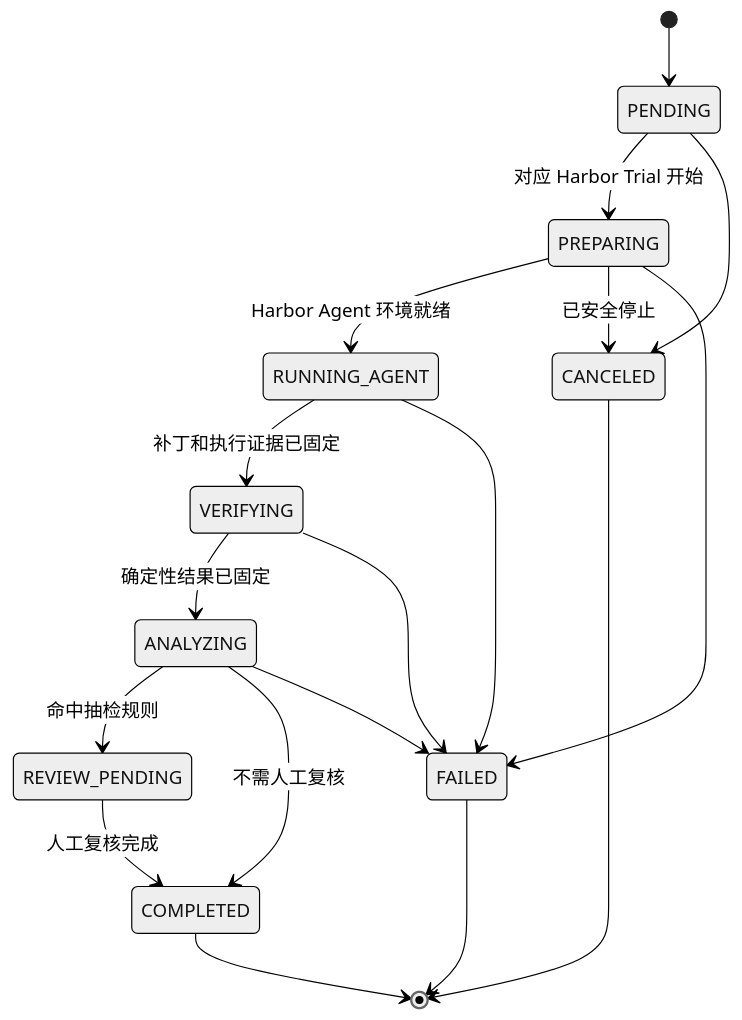
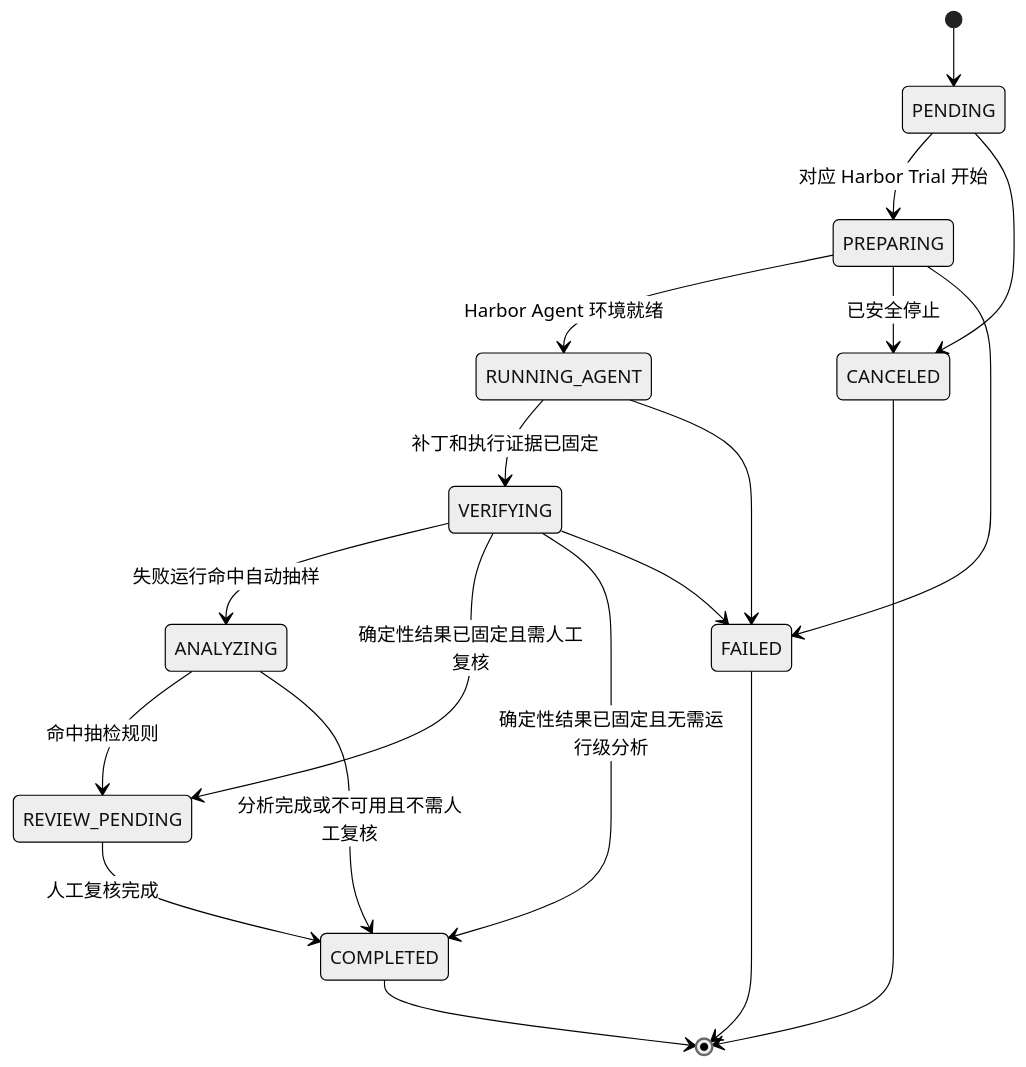
One commit to anphuchoang5-sys/agent-exam changed the third of 5 diagrams in docs/architecture/DATA_MODEL.md. Above: the diagram before and after it, drawn with Mermaid (neutral theme). The commit also changed other lines of this file and 16 other files, not shown here.

Commit message:
docs: finalize evaluation MVP architecture

````diff
--- a/docs/architecture/DATA_MODEL.md
+++ b/docs/architecture/DATA_MODEL.md
@@ -360,22 +394,23 @@
 ```mermaid
 stateDiagram-v2
     [*] --> PENDING
     PENDING --> PREPARING: 对应 Harbor Trial 开始
     PREPARING --> RUNNING_AGENT: Harbor Agent 环境就绪
     RUNNING_AGENT --> VERIFYING: 补丁和执行证据已固定
-    VERIFYING --> ANALYZING: 确定性结果已固定
+    VERIFYING --> ANALYZING: 失败运行命中自动抽样
+    VERIFYING --> REVIEW_PENDING: 确定性结果已固定且需人工复核
+    VERIFYING --> COMPLETED: 确定性结果已固定且无需运行级分析
     ANALYZING --> REVIEW_PENDING: 命中抽检规则
-    ANALYZING --> COMPLETED: 不需人工复核
+    ANALYZING --> COMPLETED: 分析完成或不可用且不需人工复核
     REVIEW_PENDING --> COMPLETED: 人工复核完成
 
     PENDING --> CANCELED
     PREPARING --> CANCELED: 已安全停止
     PREPARING --> FAILED
     RUNNING_AGENT --> FAILED
     VERIFYING --> FAILED
-    ANALYZING --> FAILED
 
     COMPLETED --> [*]
     FAILED --> [*]
     CANCELED --> [*]
 ```
````
